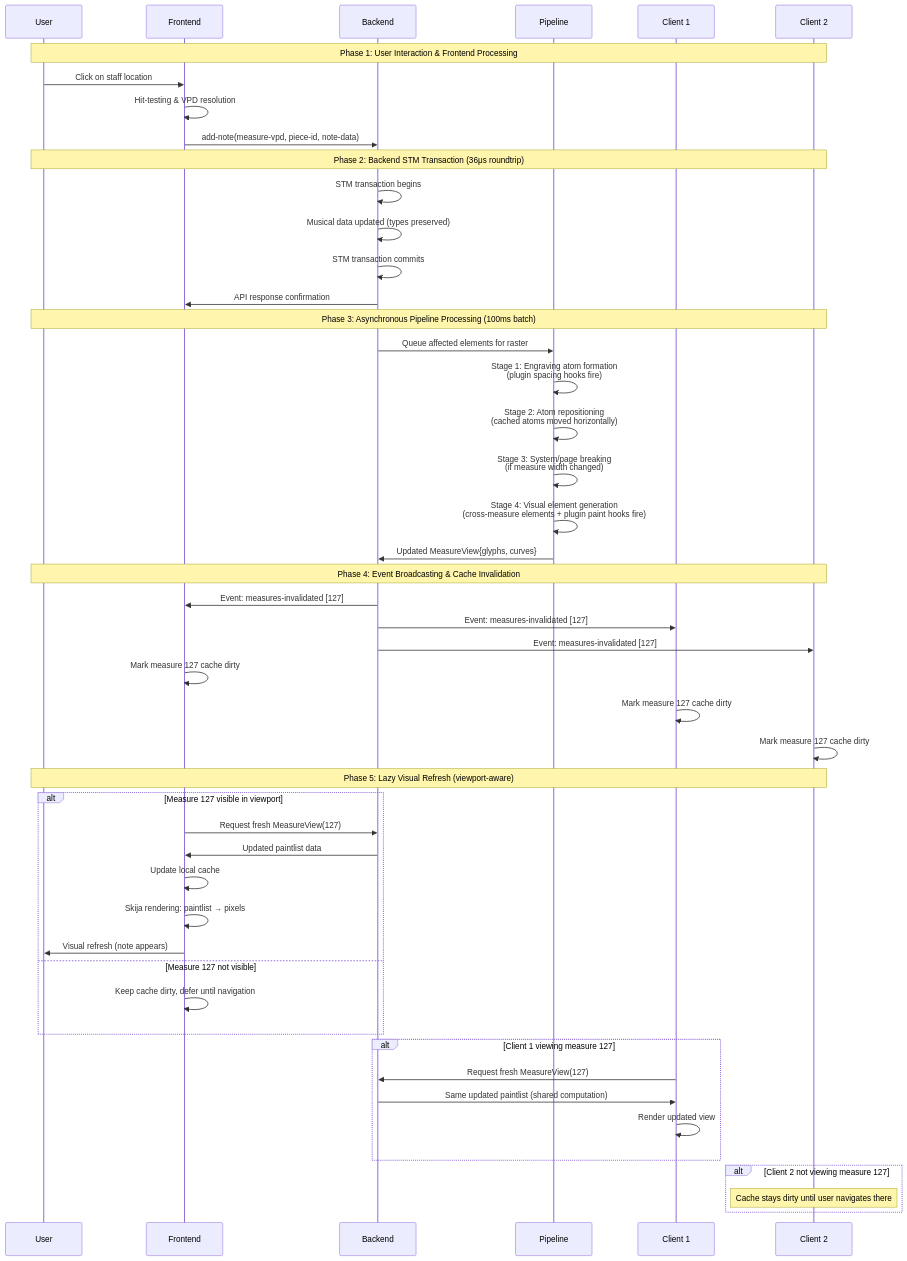
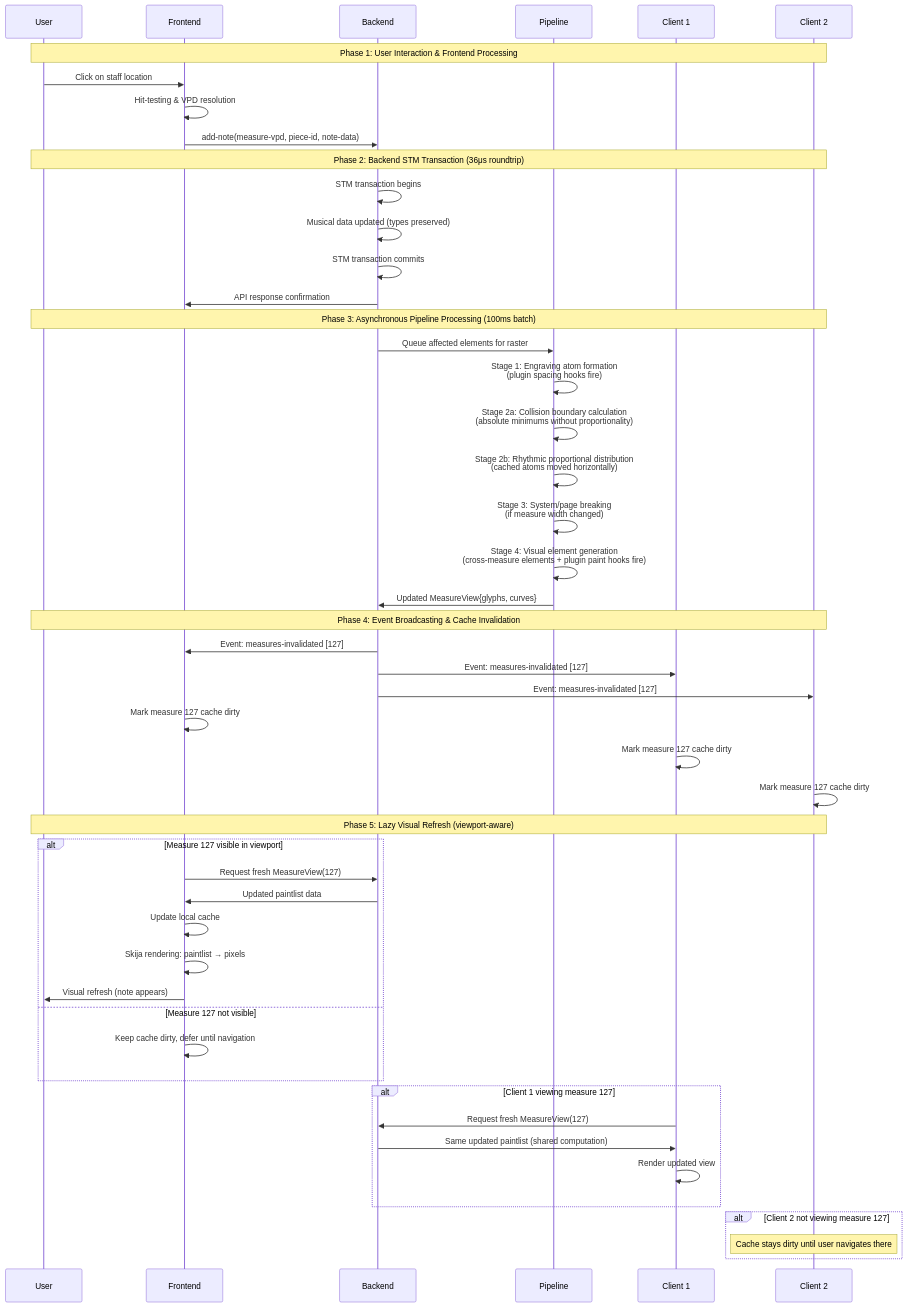
Before and after one commit to PeterBengtson/Ooloi-docs: the fourth of 6 diagrams in ADRs/0028-Hierarchical-Rendering-Pipeline.md, drawn with Mermaid. The commit also changed other lines of this file, not shown here.

````diff
--- a/ADRs/0028-Hierarchical-Rendering-Pipeline.md
+++ b/ADRs/0028-Hierarchical-Rendering-Pipeline.md
@@ -200,58 +208,59 @@
 ```mermaid
 sequenceDiagram
     participant U as User
     participant F as Frontend
     participant B as Backend
     participant P as Pipeline
     participant C1 as Client 1
     participant C2 as Client 2
 
     Note over U,C2: Phase 1: User Interaction & Frontend Processing
     U->>F: Click on staff location
     F->>F: Hit-testing & VPD resolution
     F->>B: add-note(measure-vpd, piece-id, note-data)
 
     Note over U,C2: Phase 2: Backend STM Transaction (36μs roundtrip)
     B->>B: STM transaction begins
     B->>B: Musical data updated (types preserved)
     B->>B: STM transaction commits
     B->>F: API response confirmation
 
     Note over U,C2: Phase 3: Asynchronous Pipeline Processing (100ms batch)
     B->>P: Queue affected elements for raster
     P->>P: Stage 1: Engraving atom formation<br/>(plugin spacing hooks fire)
-    P->>P: Stage 2: Atom repositioning<br/>(cached atoms moved horizontally)
+    P->>P: Stage 2a: Collision boundary calculation<br/>(absolute minimums without proportionality)
+    P->>P: Stage 2b: Rhythmic proportional distribution<br/>(cached atoms moved horizontally)
     P->>P: Stage 3: System/page breaking<br/>(if measure width changed)
     P->>P: Stage 4: Visual element generation<br/>(cross-measure elements + plugin paint hooks fire)
     P->>B: Updated MeasureView{glyphs, curves}
 
     Note over U,C2: Phase 4: Event Broadcasting & Cache Invalidation
     B->>F: Event: measures-invalidated [127]
     B->>C1: Event: measures-invalidated [127]
     B->>C2: Event: measures-invalidated [127]
 
     F->>F: Mark measure 127 cache dirty
     C1->>C1: Mark measure 127 cache dirty
     C2->>C2: Mark measure 127 cache dirty
 
     Note over U,C2: Phase 5: Lazy Visual Refresh (viewport-aware)
     alt Measure 127 visible in viewport
         F->>B: Request fresh MeasureView(127)
         B->>F: Updated paintlist data
         F->>F: Update local cache
         F->>F: Skija rendering: paintlist → pixels
         F->>U: Visual refresh (note appears)
     else Measure 127 not visible
         F->>F: Keep cache dirty, defer until navigation
     end
 
     alt Client 1 viewing measure 127
         C1->>B: Request fresh MeasureView(127)
         B->>C1: Same updated paintlist (shared computation)
         C1->>C1: Render updated view
     end
 
     alt Client 2 not viewing measure 127
         Note over C2: Cache stays dirty until user navigates there
     end
 ```
````
